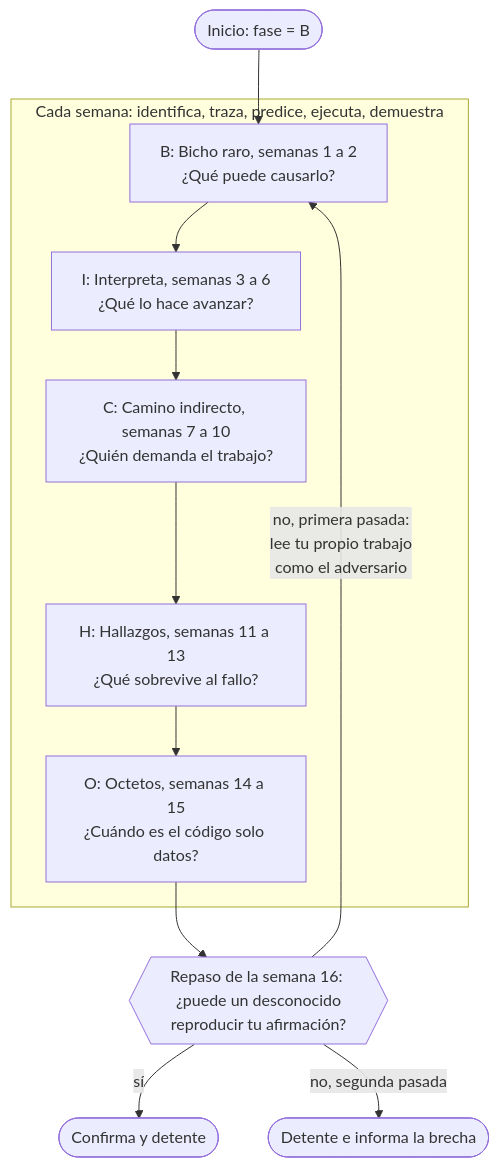
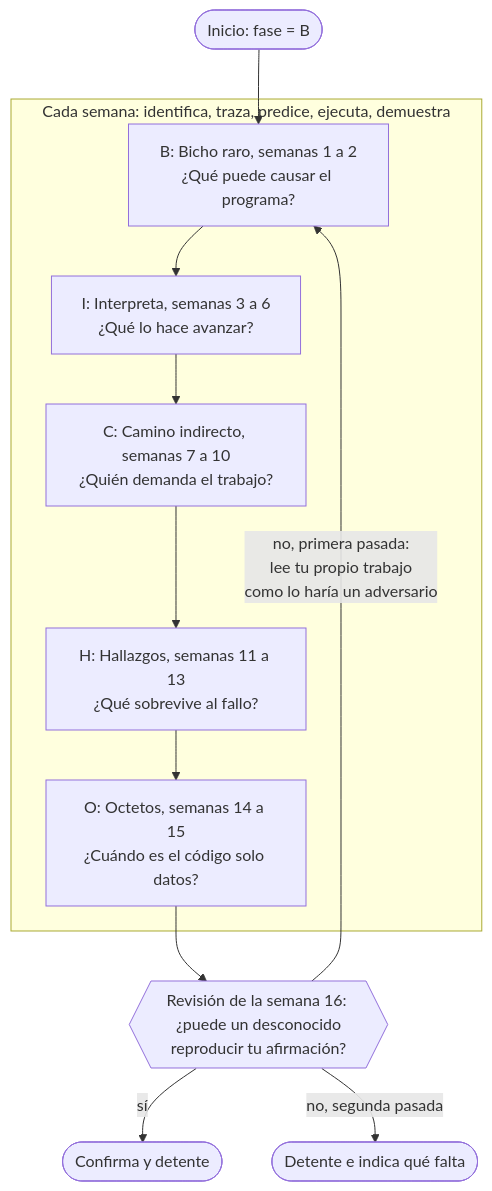
One commit to dullroar/aprende-a-programar-como-un-bicho-raro changed the diagram in docs/plan-de-estudios.md. Above: the diagram before and after it, drawn with Mermaid. The commit also changed other lines of this file and 8 other files, not shown here.

Commit message:
loop(P3C-004): editorial correction of docs/plan-de-estudios.md per review Part D: units and column headings, no added sandbox guarantees, one commit and sandbox gloss, callback glossed, percent spacing, diagram caption and labels, 44 dispositions recorded

````diff
--- a/docs/plan-de-estudios.md
+++ b/docs/plan-de-estudios.md
@@ -30,13 +30,13 @@
 ```mermaid
 flowchart TD
-    accTitle: El semestre como un algoritmo raro
-    accDescr: Un diagrama de flujo. El curso empieza con el puntero de fase en B, Bicho raro. Un recuadro alrededor de las cinco fases indica que cada semana repite un ciclo: identifica la máquina, traza una ejecución, predice, ejecuta y prueba. Dentro del recuadro, el puntero pasa de B a I, a C, a H y a O. B cubre las semanas 1 y 2. I (Interpreta) cubre las semanas de 3 a 6. C (Camino indirecto) cubre las semanas de 7 a 10. H (Hallazgos) cubre las semanas de 11 a 13. O (Octetos) cubre las semanas 14 y 15. Después de O, la semana 16 es una decisión que pregunta si un desconocido puede reproducir tu afirmación a partir de tu evidencia. Si la respuesta es sí, el curso guarda el resultado con una confirmación (*commit*) de Git, un registro fijo del cambio en el historial, y termina. Si la respuesta es no y esta fue la primera pasada, una flecha vuelve a B, y lees tu propio programa como un adversario. Si la respuesta es no después de la segunda pasada, el curso termina y informas qué falta. Se permite como máximo una pasada más.
+    accTitle: El semestre como un algoritmo BICHO
+    accDescr: Un diagrama de flujo. El curso empieza con el puntero de fase en B, Bicho raro. Un recuadro alrededor de las cinco fases indica que cada semana repite un ciclo: identifica la máquina, traza una ejecución, predice, ejecuta y prueba. Dentro del recuadro, el puntero pasa de B a I, a C, a H y a O. B cubre las semanas 1 y 2. I (Interpreta) cubre las semanas de 3 a 6. C (Camino indirecto) cubre las semanas de 7 a 10. H (Hallazgos) cubre las semanas de 11 a 13. O (Octetos) cubre las semanas 14 y 15. Después de O, la semana 16 es una decisión que pregunta si un desconocido puede reproducir tu afirmación a partir de tu evidencia. Si la respuesta es sí, el curso registra el resultado con un *commit* de Git y termina. Si la respuesta es no y esta fue la primera pasada, una flecha vuelve a B, y lees tu propio programa como lo haría un adversario. Si la respuesta es no después de la segunda pasada, el curso termina y indicas qué falta. Se permite como máximo una pasada más.
     S(["Inicio: fase = B"]) --> W
     subgraph weeks["Cada semana: identifica, traza, predice, ejecuta, demuestra"]
-        W["B: Bicho raro, semanas 1 a 2<br/>¿Qué puede causarlo?"] --> E["I: Interpreta, semanas 3 a 6<br/>¿Qué lo hace avanzar?"] --> I["C: Camino indirecto, semanas 7 a 10<br/>¿Quién demanda el trabajo?"] --> R["H: Hallazgos, semanas 11 a 13<br/>¿Qué sobrevive al fallo?"] --> D["O: Octetos, semanas 14 a 15<br/>¿Cuándo es el código solo datos?"]
+        W["B: Bicho raro, semanas 1 a 2<br/>¿Qué puede causar el programa?"] --> E["I: Interpreta, semanas 3 a 6<br/>¿Qué lo hace avanzar?"] --> I["C: Camino indirecto, semanas 7 a 10<br/>¿Quién demanda el trabajo?"] --> R["H: Hallazgos, semanas 11 a 13<br/>¿Qué sobrevive al fallo?"] --> D["O: Octetos, semanas 14 a 15<br/>¿Cuándo es el código solo datos?"]
     end
-    D --> C{{"Repaso de la semana 16: ¿puede un desconocido<br/>reproducir tu afirmación?"}}
+    D --> C{{"Revisión de la semana 16: ¿puede un desconocido<br/>reproducir tu afirmación?"}}
     C -- "sí" --> X(["Confirma y detente"])
-    C -- "no, primera pasada:<br/>lee tu propio trabajo<br/>como el adversario" --> W
-    C -- "no, segunda pasada" --> G(["Detente e informa la brecha"])
+    C -- "no, primera pasada:<br/>lee tu propio trabajo<br/>como lo haría un adversario" --> W
+    C -- "no, segunda pasada" --> G(["Detente e indica qué falta"])
 ```
````
